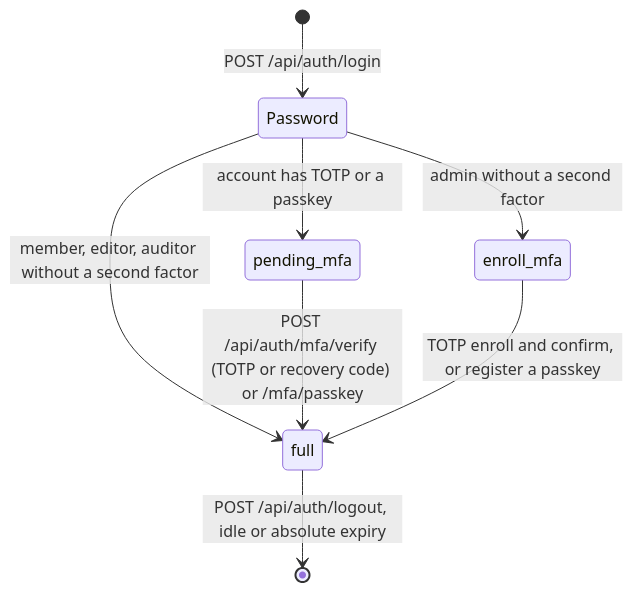
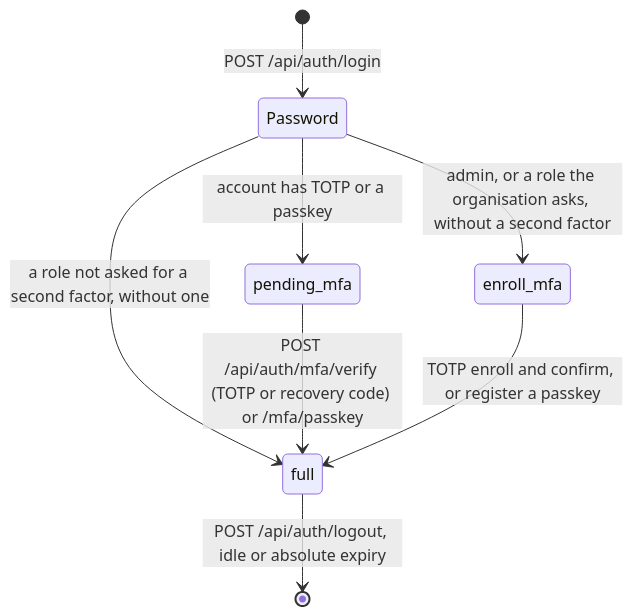
Before and after one commit to FurkanKocatas/Synapse: the diagram in docs/design/identity.md, drawn with Mermaid. The commit also changed other lines of this file and 10 other files, not shown here.

First line of the commit message:
organization: settings, and a second-factor policy for any role

````diff
--- a/docs/design/identity.md
+++ b/docs/design/identity.md
@@ -7,10 +7,10 @@
 ```mermaid
 stateDiagram-v2
     [*] --> Password: POST /api/auth/login
-    Password --> full: member, editor, auditor without a second factor
+    Password --> full: a role not asked for a second factor, without one
     Password --> pending_mfa: account has TOTP or a passkey
-    Password --> enroll_mfa: admin without a second factor
+    Password --> enroll_mfa: admin, or a role the organisation asks, without a second factor
     pending_mfa --> full: POST /api/auth/mfa/verify (TOTP or recovery code) or /mfa/passkey
     enroll_mfa --> full: TOTP enroll and confirm, or register a passkey
     full --> [*]: POST /api/auth/logout, idle or absolute expiry
 ```
````
